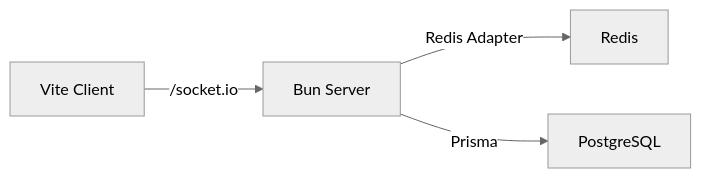
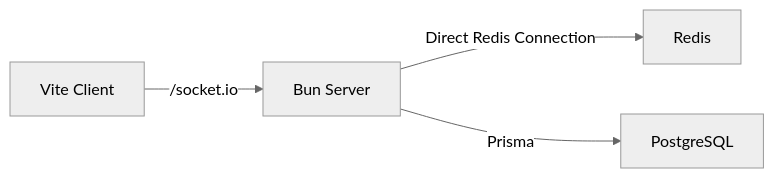
Before and after one commit to dkoukoul/escape-room-mvp: the eighth of 8 diagrams in .qoder/repowiki/en/content/Deployment & Operations.md, drawn with Mermaid (neutral theme). The commit also changed other lines of this file and 21 other files, not shown here.

````diff
--- a/.qoder/repowiki/en/content/Deployment & Operations.md
+++ b/.qoder/repowiki/en/content/Deployment & Operations.md
@@ -353,6 +392,6 @@
 ```mermaid
 graph LR
 Client["Vite Client"] --> |"/socket.io"| Server["Bun Server"]
-Server --> |Redis Adapter| Redis["Redis"]
+Server --> |Direct Redis Connection| Redis["Redis"]
 Server --> |Prisma| Postgres["PostgreSQL"]
 ```
````
